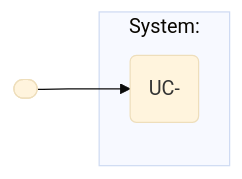
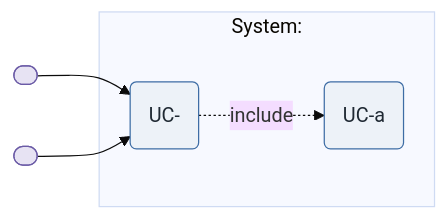
Before and after one commit to rtym/sei-architecture-methodology: the second of 2 diagrams in templates/use-case.md, drawn with Mermaid (base theme). The commit also changed other lines of this file and 73 other files, not shown here.

First line of the commit message:
feat: split drivers into a directory; proper UML use case & C4 diagrams; V&B report; plugin marketplace

````diff
--- a/templates/use-case.md
+++ b/templates/use-case.md
@@ -37,11 +65,17 @@
 ```mermaid
 flowchart LR
-  %% Use case diagram — <group>
-  actor1(["<Actor>"])
+  %% Use case diagram — UC-<n> <name>
+  actor1(["<Primary actor>"])
+  supp(["<Supporting actor / system>"])
   subgraph sys["System: <name>"]
     uc("UC-<n> <name>")
+    sub("UC-<n>a <included sub-use-case>")
   end
   actor1 --> uc
-  class actor1 source
-  class uc artifact
+  supp --> uc
+  uc -. include .-> sub
+  classDef source   fill:#E7E3F3,stroke:#6B5BA6,color:#1F2933;
+  classDef artifact fill:#EDF2F8,stroke:#3E6DA5,color:#1F2933;
+  class actor1,supp source
+  class uc,sub artifact
 ```
````
